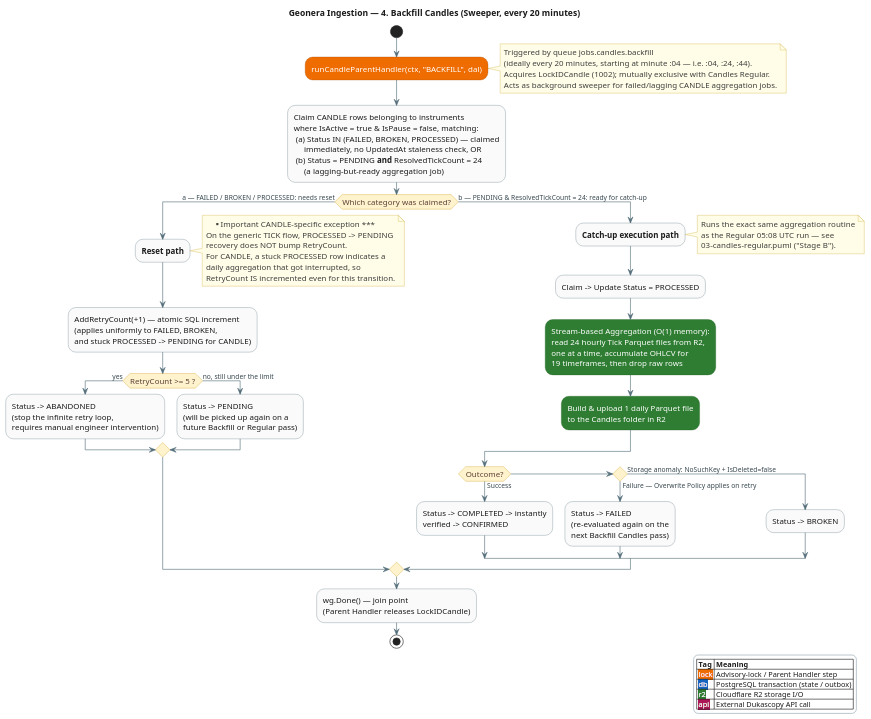
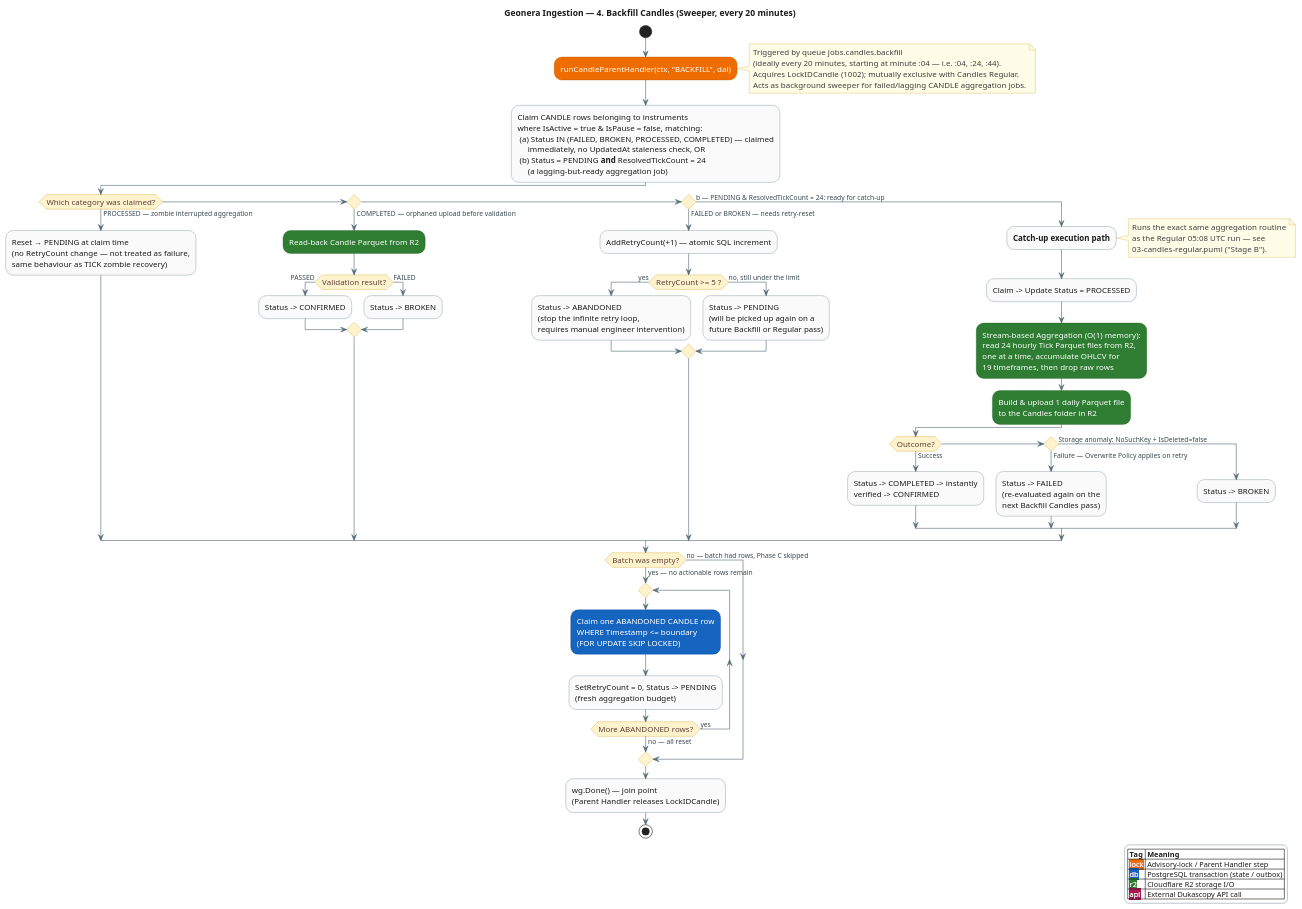
Before and after one commit to sanjari-dev/geonera-ingestion: the diagram in docs/flows/04-backfill-candles.puml, drawn with PlantUML. The commit also changed 3 other files, not shown here.

Commit message:
refactor: update flow diagrams and optimize batch insert logic in maintenance worker

```diff
--- a/docs/flows/04-backfill-candles.puml
+++ b/docs/flows/04-backfill-candles.puml
@@ -1,129 +1,151 @@
 @startuml 04-backfill-candles
 title Geonera Ingestion — 4. Backfill Candles (Sweeper, every 20 minutes)
 skinparam backgroundColor #FFFFFF
 skinparam defaultFontColor #1B1B1B
 skinparam ArrowColor #546E7A
 skinparam ArrowFontColor #37474F
 
 skinparam activity {
   BackgroundColor #FAFAFA
   BorderColor #546E7A
   FontColor #1B1B1B
   FontSize 13
 
   BackgroundColor<<lock>> #EF6C00
   FontColor<<lock>> #FFFFFF
   BorderColor<<lock>> #A34B00
 
   BackgroundColor<<db>> #1565C0
   FontColor<<db>> #FFFFFF
   BorderColor<<db>> #0B3C78
 
   BackgroundColor<<r2>> #2E7D32
   FontColor<<r2>> #FFFFFF
   BorderColor<<r2>> #1B5E20
 
   BackgroundColor<<api>> #AD1457
   FontColor<<api>> #FFFFFF
   BorderColor<<api>> #6A0F38
 }
 
 skinparam activityDiamond {
   BackgroundColor #FFF3CD
   BorderColor #C79100
   FontColor #5D4037
 }
 
 skinparam legend {
   BackgroundColor #FFFFFF
   BorderColor #90A4AE
   FontColor #1B1B1B
   FontSize 12
   EntrySeparatorColor #CFD8DC
 }
 
 skinparam note {
   BackgroundColor #FFFDE7
   BorderColor #C9A227
   FontColor #3E3E3E
 }
 
 legend right
   |= Tag |= Meaning |
   |<back:#EF6C00><color:#FFFFFF> lock </color></back>| Advisory-lock / Parent Handler step |
   |<back:#1565C0><color:#FFFFFF> db </color></back>| PostgreSQL transaction (state / outbox) |
   |<back:#2E7D32><color:#FFFFFF> r2 </color></back>| Cloudflare R2 storage I/O |
   |<back:#AD1457><color:#FFFFFF> api </color></back>| External Dukascopy API call |
 endlegend
 
 start
 :runCandleParentHandler(ctx, "BACKFILL", dal);<<lock>>
 note right
   Triggered by queue jobs.candles.backfill
   (ideally every 20 minutes, starting at minute :04 — i.e. :04, :24, :44).
   Acquires LockIDCandle (1002); mutually exclusive with Candles Regular.
   Acts as background sweeper for failed/lagging CANDLE aggregation jobs.
 end note
 
 :Claim CANDLE rows belonging to instruments
 where IsActive = true & IsPause = false, matching:
- (a) Status IN (FAILED, BROKEN, PROCESSED) — claimed
+ (a) Status IN (FAILED, BROKEN, PROCESSED, COMPLETED) — claimed
      immediately, no UpdatedAt staleness check, OR
  (b) Status = PENDING **and** ResolvedTickCount = 24
      (a lagging-but-ready aggregation job);
 
-if (Which category was claimed?) then (a — FAILED / BROKEN / PROCESSED: needs reset)
-  :**Reset path**;
+if (Which category was claimed?) then (PROCESSED — zombie interrupted aggregation)
+  :Reset → PENDING at claim time
+  (no RetryCount change — not treated as failure,
+  same behaviour as TICK zombie recovery);
+
+elseif () then (COMPLETED — orphaned upload before validation)
   note right
-    *** Important CANDLE-specific exception ***
-    On the generic TICK flow, PROCESSED -> PENDING
-    recovery does NOT bump RetryCount.
-    For CANDLE, a stuck PROCESSED row indicates a
-    daily aggregation that got interrupted, so
-    RetryCount IS incremented even for this transition.
+    Upload succeeded but worker crashed before
+    the instant read-back + validation pass.
+    Backfill re-runs validation only — no re-upload.
   end note
-  :AddRetryCount(+1) — atomic SQL increment
-  (applies uniformly to FAILED, BROKEN,
-  and stuck PROCESSED -> PENDING for CANDLE);
+  :Read-back Candle Parquet from R2;<<r2>>
+  if (Validation result?) then (PASSED)
+    :Status -> CONFIRMED;
+  else (FAILED)
+    :Status -> BROKEN;
+  endif
+
+elseif () then (FAILED or BROKEN — needs retry-reset)
+  :AddRetryCount(+1) — atomic SQL increment;
   if (RetryCount >= 5 ?) then (yes)
     :Status -> ABANDONED
     (stop the infinite retry loop,
     requires manual engineer intervention);
   else (no, still under the limit)
     :Status -> PENDING
     (will be picked up again on a
     future Backfill or Regular pass);
   endif
 
 else (b — PENDING & ResolvedTickCount = 24: ready for catch-up)
   :**Catch-up execution path**;
   note right
     Runs the exact same aggregation routine
     as the Regular 05:08 UTC run — see
     03-candles-regular.puml ("Stage B").
   end note
   :Claim -> Update Status = PROCESSED;
   :Stream-based Aggregation (O(1) memory):
   read 24 hourly Tick Parquet files from R2,
   one at a time, accumulate OHLCV for
   19 timeframes, then drop raw rows;<<r2>>
   :Build & upload 1 daily Parquet file
   to the Candles folder in R2;<<r2>>
 
   if (Outcome?) then (Success)
     :Status -> COMPLETED -> instantly
     verified -> CONFIRMED;
   elseif () then (Failure — Overwrite Policy applies on retry)
     :Status -> FAILED
     (re-evaluated again on the
     next Backfill Candles pass);
   else (Storage anomaly: NoSuchKey + IsDeleted=false)
     :Status -> BROKEN;
   endif
 endif
 
+' Phase C — last-resort ABANDONED reset.
+' Only runs when the master claim returned zero actionable rows,
+' meaning no FAILED/BROKEN/PROCESSED/COMPLETED/PENDING-ready rows
+' exist within the Zona Eksklusif boundary.
+if (Batch was empty?) then (yes — no actionable rows remain)
+  repeat
+    :Claim one ABANDONED CANDLE row
+    WHERE Timestamp <= boundary
+    (FOR UPDATE SKIP LOCKED);<<db>>
+    :SetRetryCount = 0, Status -> PENDING
+    (fresh aggregation budget);
+  repeat while (More ABANDONED rows?) is (yes) not (no — all reset)
+else (no — batch had rows, Phase C skipped)
+endif
+
 :wg.Done() — join point
 (Parent Handler releases LockIDCandle);
 stop
 
 @enduml
```
